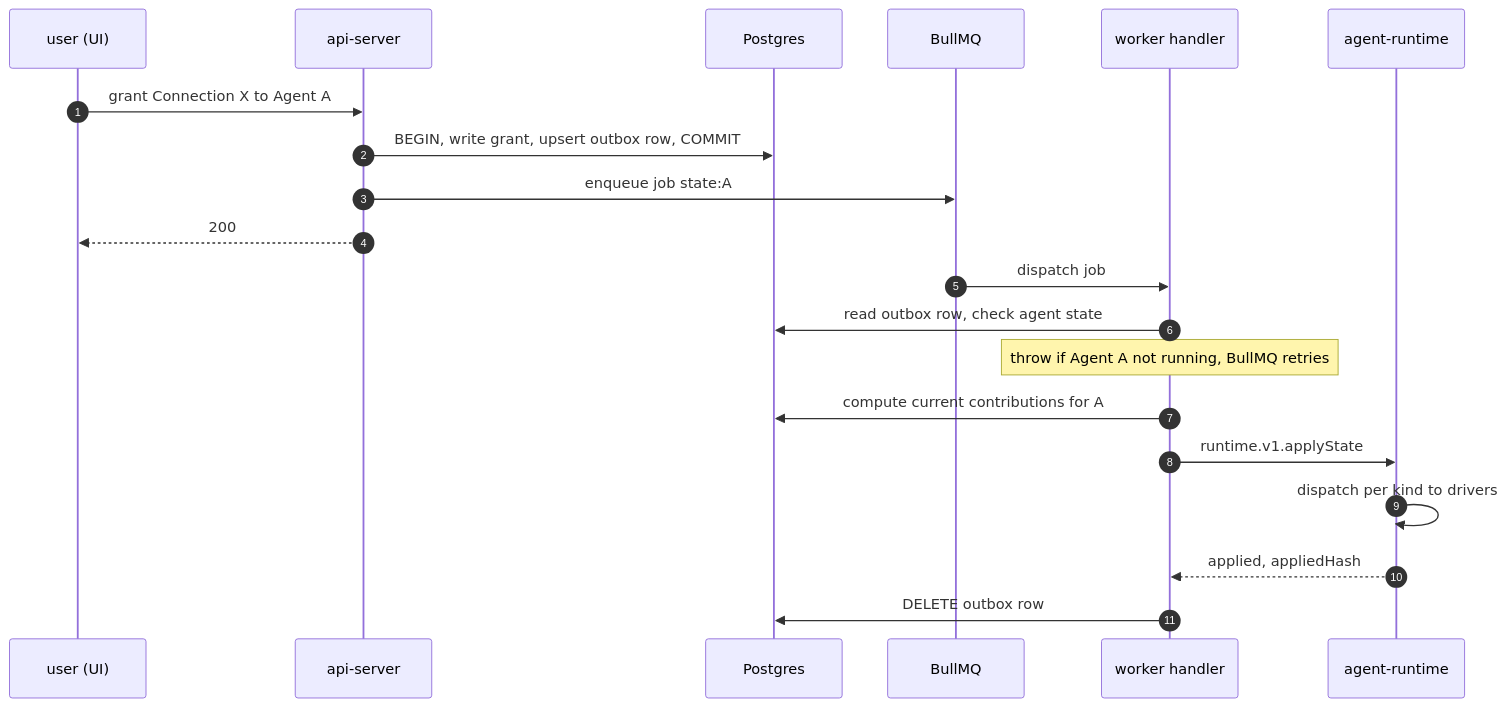
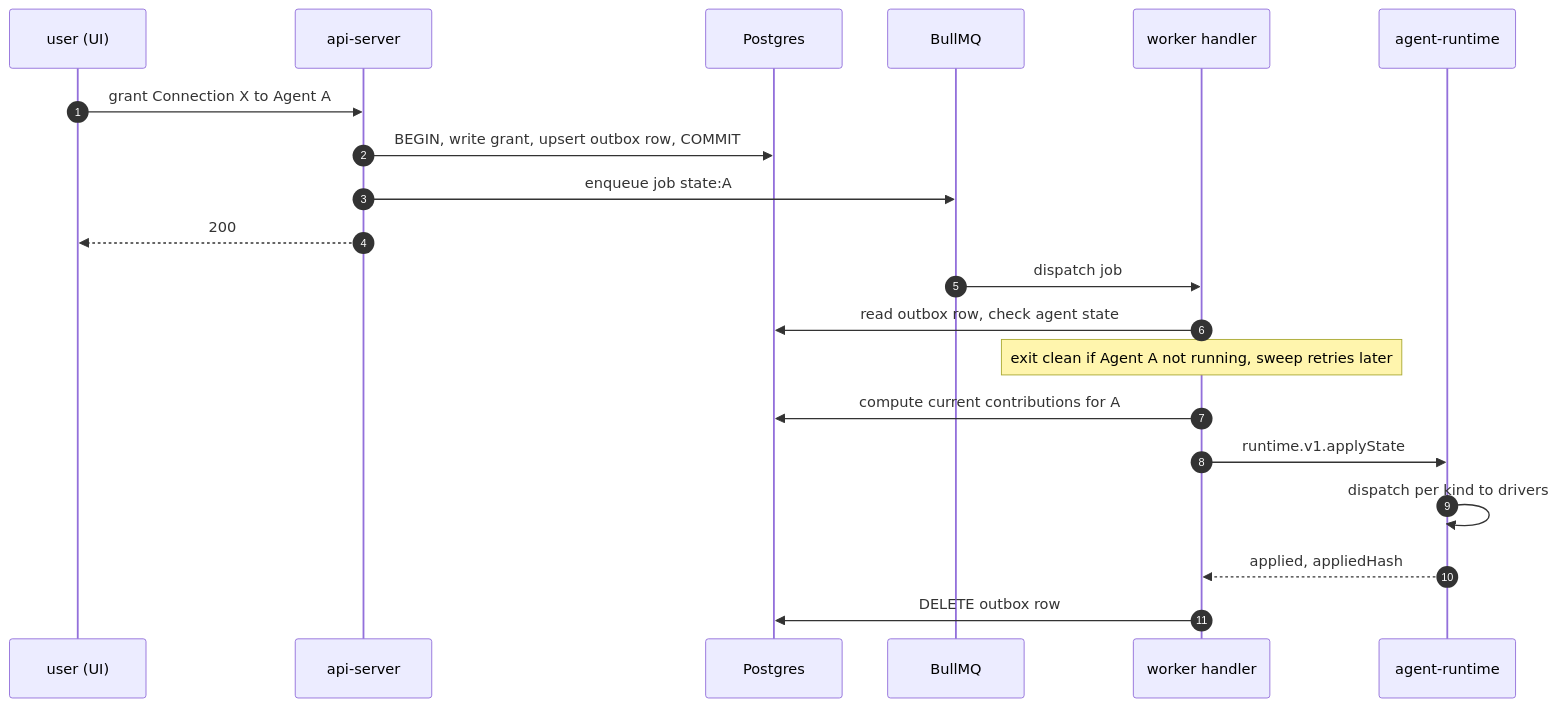
The third of 5 diagrams in docs/architecture/connections.md (dam-agents/dam), drawn with Mermaid before and after one commit. The commit also changed other lines of this file and 1 other file, not shown here.

First line of the commit message:
docs: defer offline agents to sweep, not BullMQ retry backoff

````diff
--- a/docs/architecture/connections.md
+++ b/docs/architecture/connections.md
@@ -206,24 +206,24 @@
 ```mermaid
 sequenceDiagram
   autonumber
   participant USER as user (UI)
   participant AS as api-server
   participant PG as Postgres
   participant BQ as BullMQ
   participant WK as worker handler
   participant RT as agent-runtime
 
   USER->>AS: grant Connection X to Agent A
   AS->>PG: BEGIN, write grant, upsert outbox row, COMMIT
   AS->>BQ: enqueue job state:A
   AS-->>USER: 200
 
   BQ->>WK: dispatch job
   WK->>PG: read outbox row, check agent state
-  Note over WK: throw if Agent A not running, BullMQ retries
+  Note over WK: exit clean if Agent A not running, sweep retries later
   WK->>PG: compute current contributions for A
   WK->>RT: runtime.v1.applyState
   RT->>RT: dispatch per kind to drivers
   RT-->>WK: applied, appliedHash
   WK->>PG: DELETE outbox row
 ```
````
